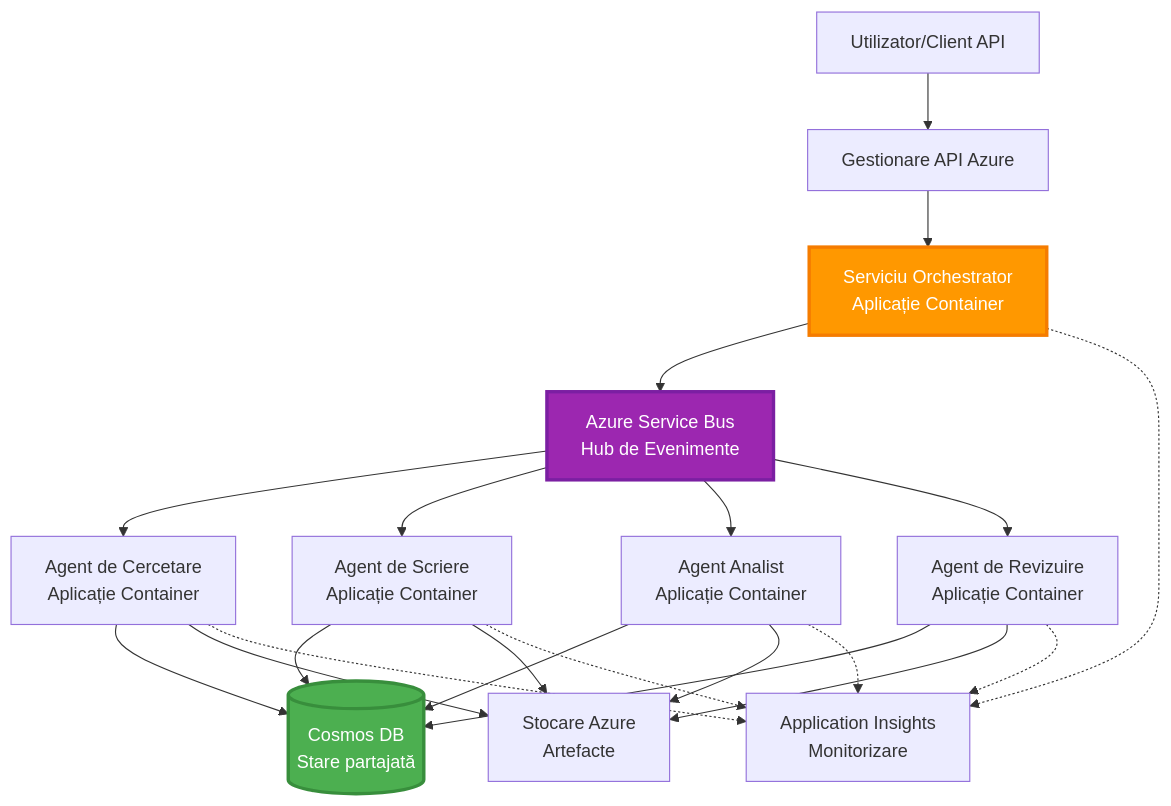
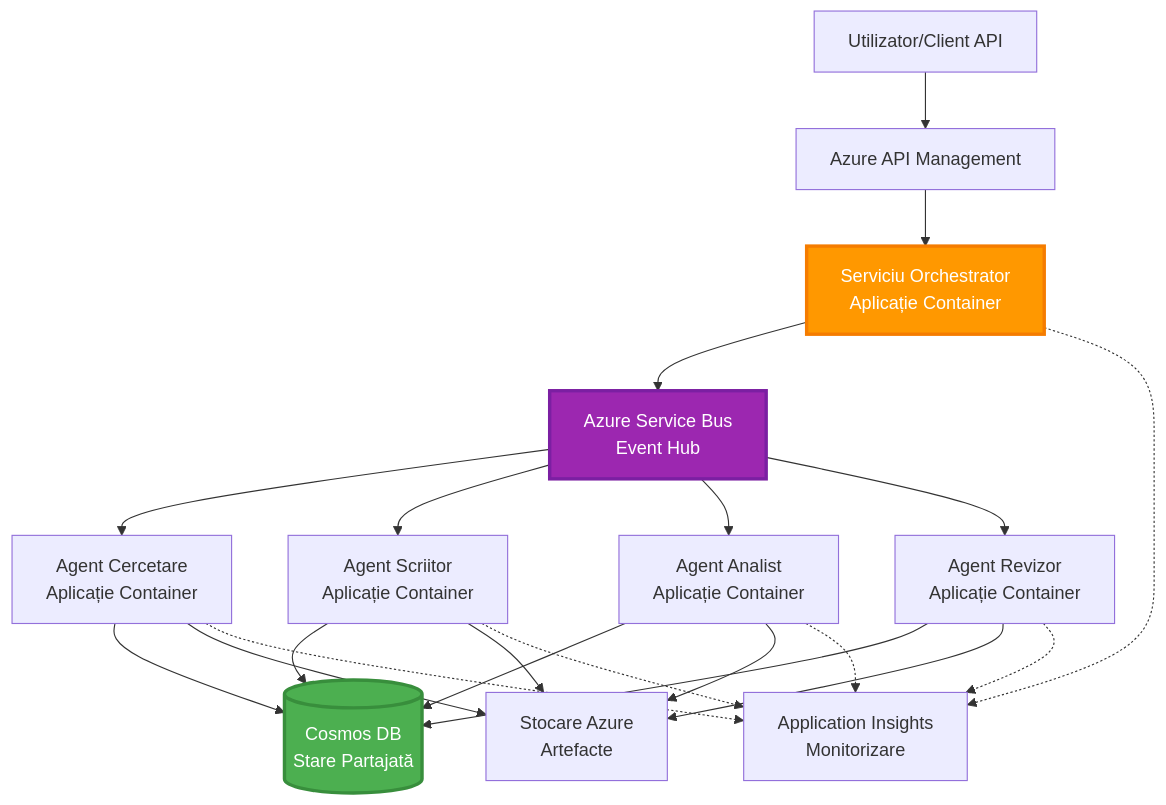
One commit to microsoft/AZD-for-beginners changed the sixth of 6 diagrams in translations/ro/docs/chapter-06-pre-deployment/coordination-patterns.md. Above: the diagram before and after it, drawn with Mermaid. The commit also changed other lines of this file and 101 other files, not shown here.

````diff
--- a/translations/ro/docs/chapter-06-pre-deployment/coordination-patterns.md
+++ b/translations/ro/docs/chapter-06-pre-deployment/coordination-patterns.md
@@ -271,45 +265,45 @@
 ```mermaid
 graph TB
     User[Utilizator/Client API]
-    APIM[Gestionare API Azure]
+    APIM[Azure API Management]
     Orchestrator[Serviciu Orchestrator<br/>Aplicație Container]
-    ServiceBus[Azure Service Bus<br/>Hub de Evenimente]
+    ServiceBus[Azure Service Bus<br/>Event Hub]
     
-    Agent1[Agent de Cercetare<br/>Aplicație Container]
-    Agent2[Agent de Scriere<br/>Aplicație Container]
+    Agent1[Agent Cercetare<br/>Aplicație Container]
+    Agent2[Agent Scriitor<br/>Aplicație Container]
     Agent3[Agent Analist<br/>Aplicație Container]
-    Agent4[Agent de Revizuire<br/>Aplicație Container]
+    Agent4[Agent Revizor<br/>Aplicație Container]
     
-    CosmosDB[(Cosmos DB<br/>Stare partajată)]
+    CosmosDB[(Cosmos DB<br/>Stare Partajată)]
     Storage[Stocare Azure<br/>Artefacte]
     AppInsights[Application Insights<br/>Monitorizare]
     
     User --> APIM
     APIM --> Orchestrator
     
     Orchestrator --> ServiceBus
     ServiceBus --> Agent1
     ServiceBus --> Agent2
     ServiceBus --> Agent3
     ServiceBus --> Agent4
     
     Agent1 --> CosmosDB
     Agent2 --> CosmosDB
     Agent3 --> CosmosDB
     Agent4 --> CosmosDB
     
     Agent1 --> Storage
     Agent2 --> Storage
     Agent3 --> Storage
     Agent4 --> Storage
     
     Orchestrator -.-> AppInsights
     Agent1 -.-> AppInsights
     Agent2 -.-> AppInsights
     Agent3 -.-> AppInsights
     Agent4 -.-> AppInsights
     
     style Orchestrator fill:#FF9800,stroke:#F57C00,stroke-width:3px,color:#fff
     style ServiceBus fill:#9C27B0,stroke:#7B1FA2,stroke-width:3px,color:#fff
     style CosmosDB fill:#4CAF50,stroke:#388E3C,stroke-width:3px,color:#fff
 ```
````
